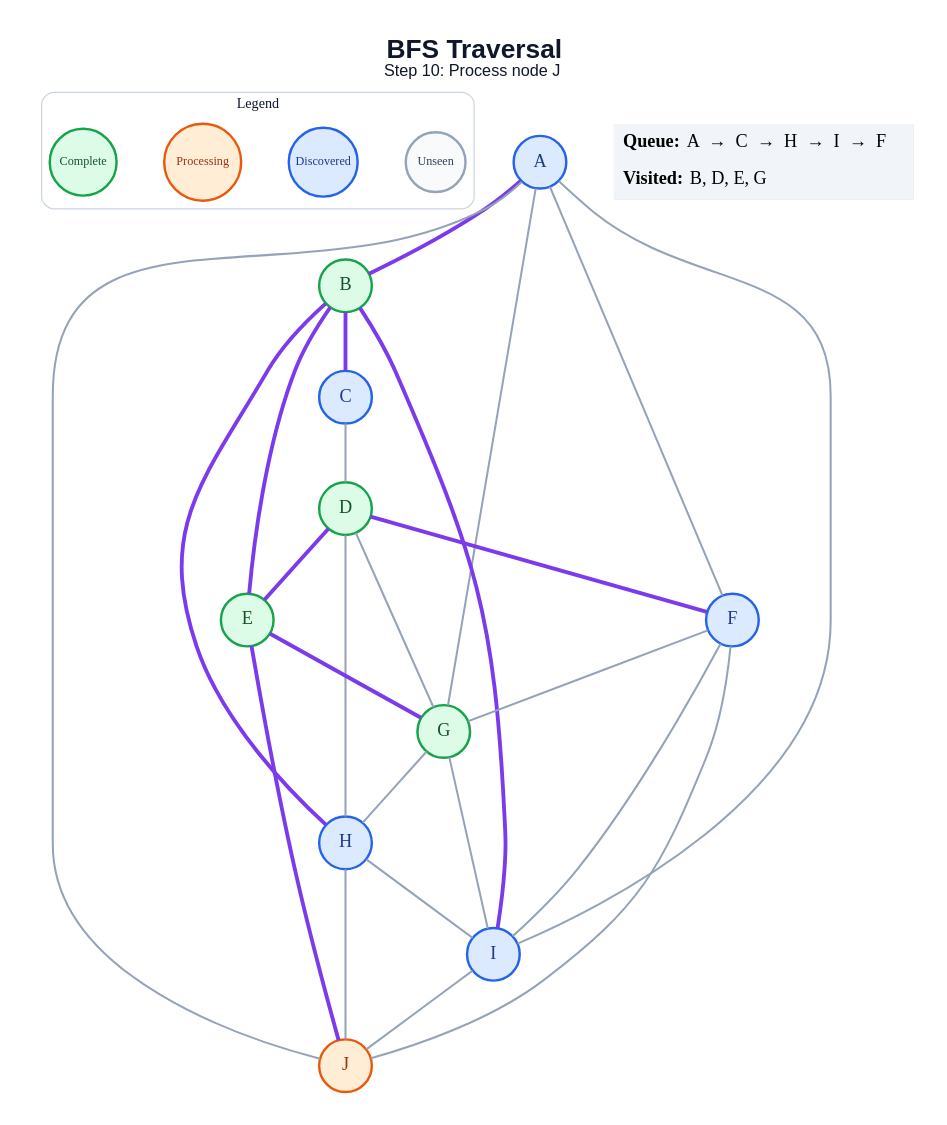
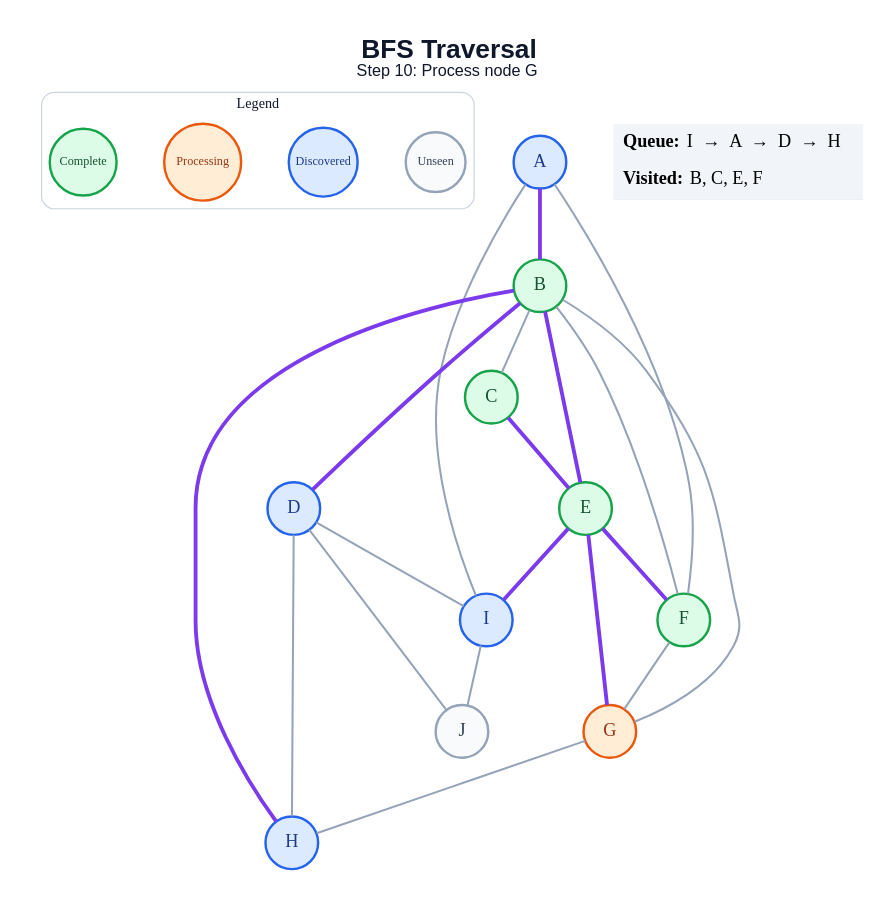
The diagram in generated/specific-node/bfs/step_10.dot (amanghodawala9/ai-slop), drawn with Graphviz before and after one commit. The commit also changed 178 other files, not shown here.

```diff
--- a/generated/specific-node/bfs/step_10.dot
+++ b/generated/specific-node/bfs/step_10.dot
@@ -1,53 +1,48 @@
 graph traversal {
   graph [layout=dot, rankdir=TB, bgcolor="#FFFFFF", pad="0.35", nodesep="0.65", ranksep="0.8", fontname="Arial"];
   node [shape=circle, style="filled", fontname="Arial Bold", fontsize=18, width=0.72, fixedsize=true, penwidth=2.4];
   edge [color="#94A3B8", penwidth=2.0];
-  label=<<B>BFS Traversal</B><BR/><FONT POINT-SIZE="16">Step 10: Process node J</FONT>>; labelloc="t"; fontsize=26; fontname="Arial"; fontcolor="#0F172A";
+  label=<<B>BFS Traversal</B><BR/><FONT POINT-SIZE="16">Step 10: Process node G</FONT>>; labelloc="t"; fontsize=26; fontname="Arial"; fontcolor="#0F172A";
   subgraph cluster_legend { label="Legend"; color="#CBD5E1"; penwidth=1.2; style="rounded"; fontsize=14; fontname="Arial Bold";
     key_unseen [label="Unseen", fillcolor="#F8FAFC", color="#94A3B8", fontcolor="#334155", fontsize=12, width=0.82];
     key_frontier [label="Discovered", fillcolor="#DBEAFE", color="#2563EB", fontcolor="#1E3A8A", fontsize=12, width=0.95];
     key_current [label="Processing", fillcolor="#FFEDD5", color="#EA580C", fontcolor="#9A3412", fontsize=12, width=1.05];
     key_done [label="Complete", fillcolor="#DCFCE7", color="#16A34A", fontcolor="#14532D", fontsize=12, width=0.92];
     { rank=same; key_unseen; key_frontier; key_current; key_done; }
   }
   A [fillcolor="#DBEAFE", color="#2563EB", fontcolor="#1E3A8A"];
   B [fillcolor="#DCFCE7", color="#16A34A", fontcolor="#14532D"];
-  C [fillcolor="#DBEAFE", color="#2563EB", fontcolor="#1E3A8A"];
-  D [fillcolor="#DCFCE7", color="#16A34A", fontcolor="#14532D"];
+  C [fillcolor="#DCFCE7", color="#16A34A", fontcolor="#14532D"];
+  D [fillcolor="#DBEAFE", color="#2563EB", fontcolor="#1E3A8A"];
   E [fillcolor="#DCFCE7", color="#16A34A", fontcolor="#14532D"];
-  F [fillcolor="#DBEAFE", color="#2563EB", fontcolor="#1E3A8A"];
-  G [fillcolor="#DCFCE7", color="#16A34A", fontcolor="#14532D"];
+  F [fillcolor="#DCFCE7", color="#16A34A", fontcolor="#14532D"];
+  G [fillcolor="#FFEDD5", color="#EA580C", fontcolor="#9A3412"];
   H [fillcolor="#DBEAFE", color="#2563EB", fontcolor="#1E3A8A"];
   I [fillcolor="#DBEAFE", color="#2563EB", fontcolor="#1E3A8A"];
-  J [fillcolor="#FFEDD5", color="#EA580C", fontcolor="#9A3412"];
+  J [fillcolor="#F8FAFC", color="#94A3B8", fontcolor="#334155"];
   A -- B [color="#7C3AED", penwidth=3.8];
   A -- F;
-  A -- G;
   A -- I;
-  A -- J;
-  B -- C [color="#7C3AED", penwidth=3.8];
+  B -- C;
+  B -- D [color="#7C3AED", penwidth=3.8];
   B -- E [color="#7C3AED", penwidth=3.8];
+  B -- F;
+  B -- G;
   B -- H [color="#7C3AED", penwidth=3.8];
-  B -- I [color="#7C3AED", penwidth=3.8];
-  C -- D;
-  D -- E [color="#7C3AED", penwidth=3.8];
-  D -- F [color="#7C3AED", penwidth=3.8];
-  D -- G;
+  C -- E [color="#7C3AED", penwidth=3.8];
   D -- H;
+  D -- I;
+  D -- J;
+  E -- F [color="#7C3AED", penwidth=3.8];
   E -- G [color="#7C3AED", penwidth=3.8];
-  E -- J [color="#7C3AED", penwidth=3.8];
+  E -- I [color="#7C3AED", penwidth=3.8];
   F -- G;
-  F -- I;
-  F -- J;
   G -- H;
-  G -- I;
-  H -- I;
-  H -- J;
   I -- J;
   status [shape=plain, fixedsize=false, width=0, height=0, margin=0, label=<
     <TABLE BORDER="0" CELLBORDER="0" CELLPADDING="7" BGCOLOR="#F1F5F9">
-      <TR><TD ALIGN="LEFT"><B>Queue:</B> A  →  C  →  H  →  I  →  F</TD></TR>
-      <TR><TD ALIGN="LEFT"><B>Visited:</B> B, D, E, G</TD></TR>
+      <TR><TD ALIGN="LEFT"><B>Queue:</B> I  →  A  →  D  →  H</TD></TR>
+      <TR><TD ALIGN="LEFT"><B>Visited:</B> B, C, E, F</TD></TR>
     </TABLE>
   >];
 }
```
